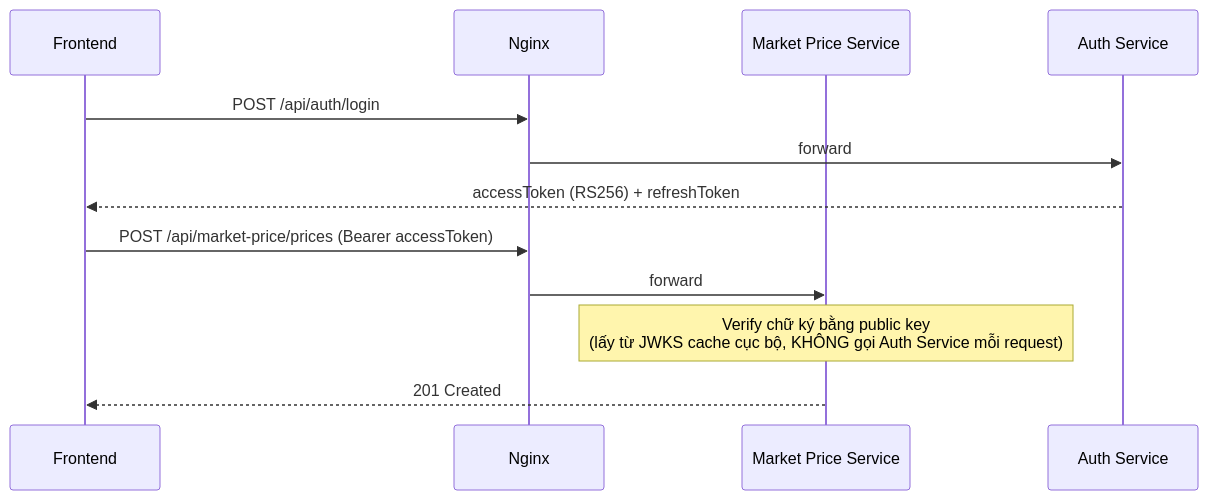
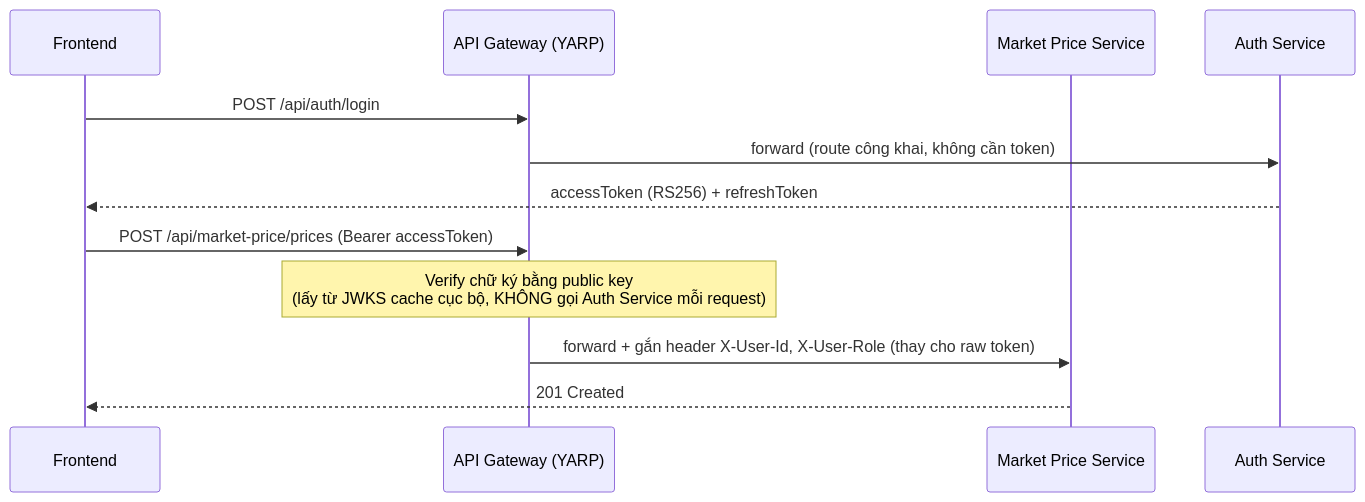
One commit to Flakes23/HappyFarmer changed the diagram in docs/architecture/02-security-auth.md. Above: the diagram before and after it, drawn with Mermaid. The commit also changed other lines of this file and 43 other files, not shown here.

````diff
--- a/docs/architecture/02-security-auth.md
+++ b/docs/architecture/02-security-auth.md
@@ -13,16 +13,16 @@
 ```mermaid
 sequenceDiagram
   participant FE as Frontend
-  participant NG as Nginx
+  participant GW as API Gateway (YARP)
   participant MP as Market Price Service
   participant AUTH as Auth Service
 
-  FE->>NG: POST /api/auth/login
-  NG->>AUTH: forward
+  FE->>GW: POST /api/auth/login
+  GW->>AUTH: forward (route công khai, không cần token)
   AUTH-->>FE: accessToken (RS256) + refreshToken
 
-  FE->>NG: POST /api/market-price/prices (Bearer accessToken)
-  NG->>MP: forward
-  Note over MP: Verify chữ ký bằng public key<br/>(lấy từ JWKS cache cục bộ, KHÔNG gọi Auth Service mỗi request)
+  FE->>GW: POST /api/market-price/prices (Bearer accessToken)
+  Note over GW: Verify chữ ký bằng public key<br/>(lấy từ JWKS cache cục bộ, KHÔNG gọi Auth Service mỗi request)
+  GW->>MP: forward + gắn header X-User-Id, X-User-Role (thay cho raw token)
   MP-->>FE: 201 Created
 ```
````
